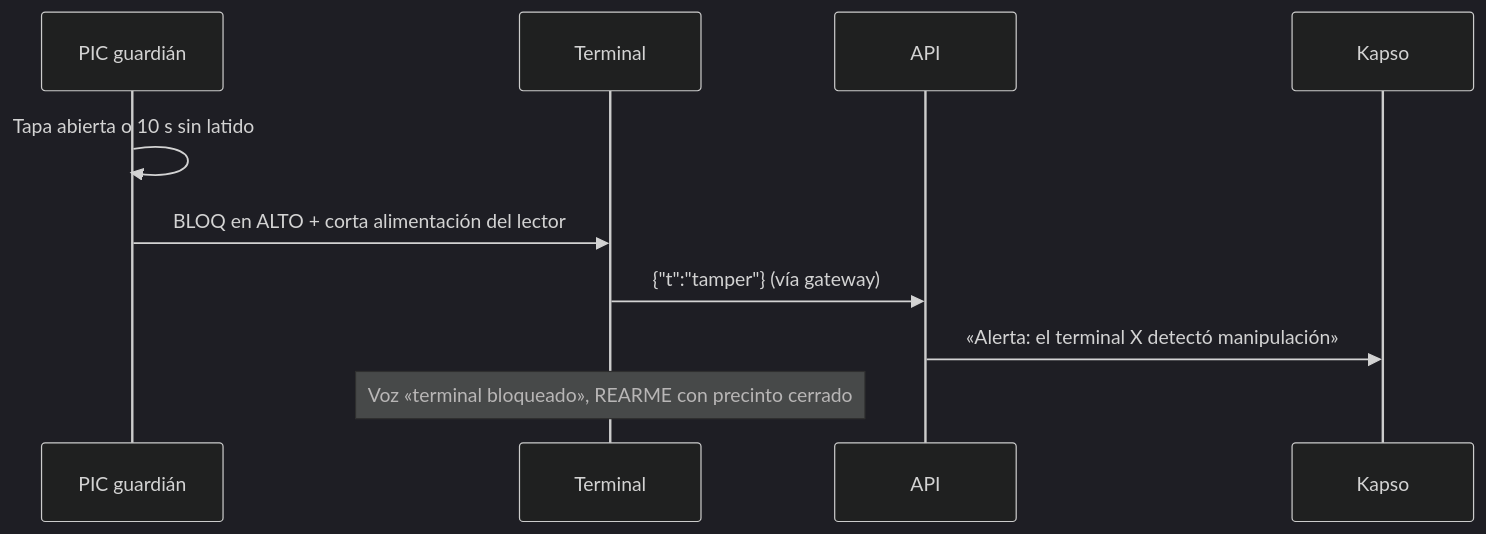
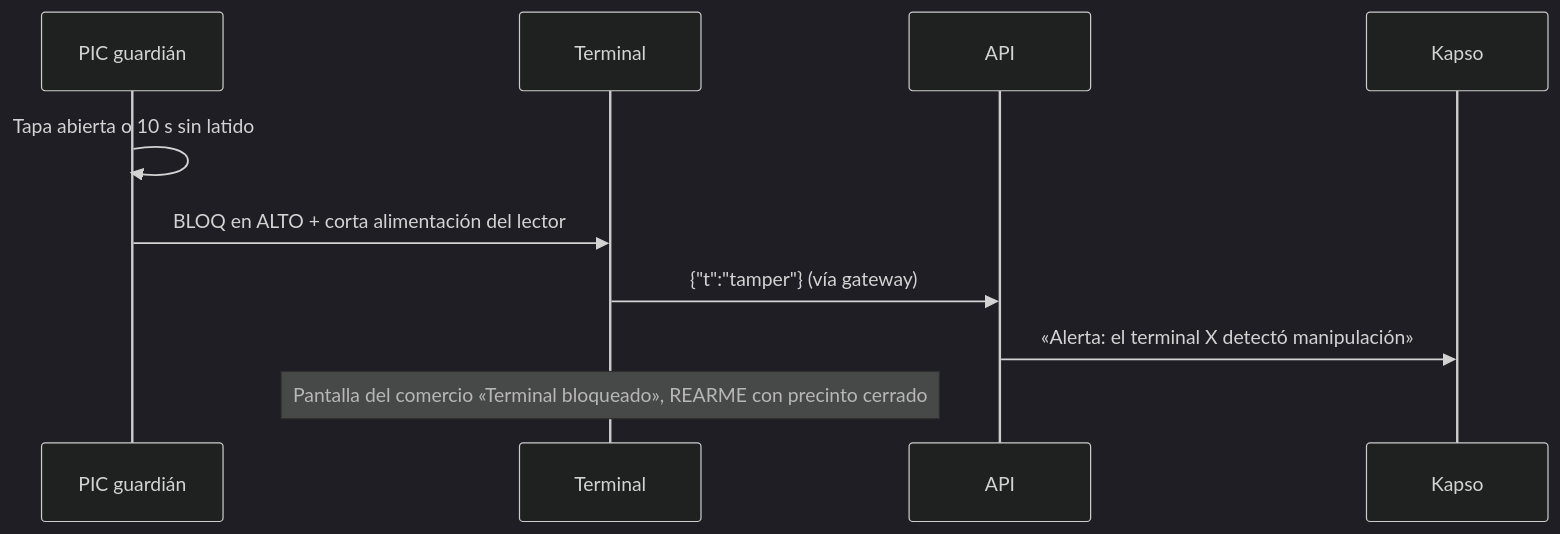
The seventh of 7 diagrams in docs/04-flujos.md (platanus-hack/platanus-hack-26-ve-team-1), drawn with Mermaid (dark theme) before and after one commit. The commit also changed other lines of this file and 10 other files, not shown here.

First line of the commit message:
docs: el terminal sin voz ni código de vinculación, gateway en Go y consentimiento por WhatsApp

````diff
--- a/docs/04-flujos.md
+++ b/docs/04-flujos.md
@@ -145,12 +149,12 @@
 ```mermaid
 sequenceDiagram
   participant PIC as PIC guardián
   participant FW as Terminal
   participant API
   participant K as Kapso
   PIC->>PIC: Tapa abierta o 10 s sin latido
   PIC->>FW: BLOQ en ALTO + corta alimentación del lector
   FW->>API: {"t":"tamper"} (vía gateway)
   API->>K: «Alerta: el terminal X detectó manipulación»
-  Note over FW: Voz «terminal bloqueado», REARME con precinto cerrado
+  Note over FW: Pantalla del comercio «Terminal bloqueado», REARME con precinto cerrado
 ```
````
